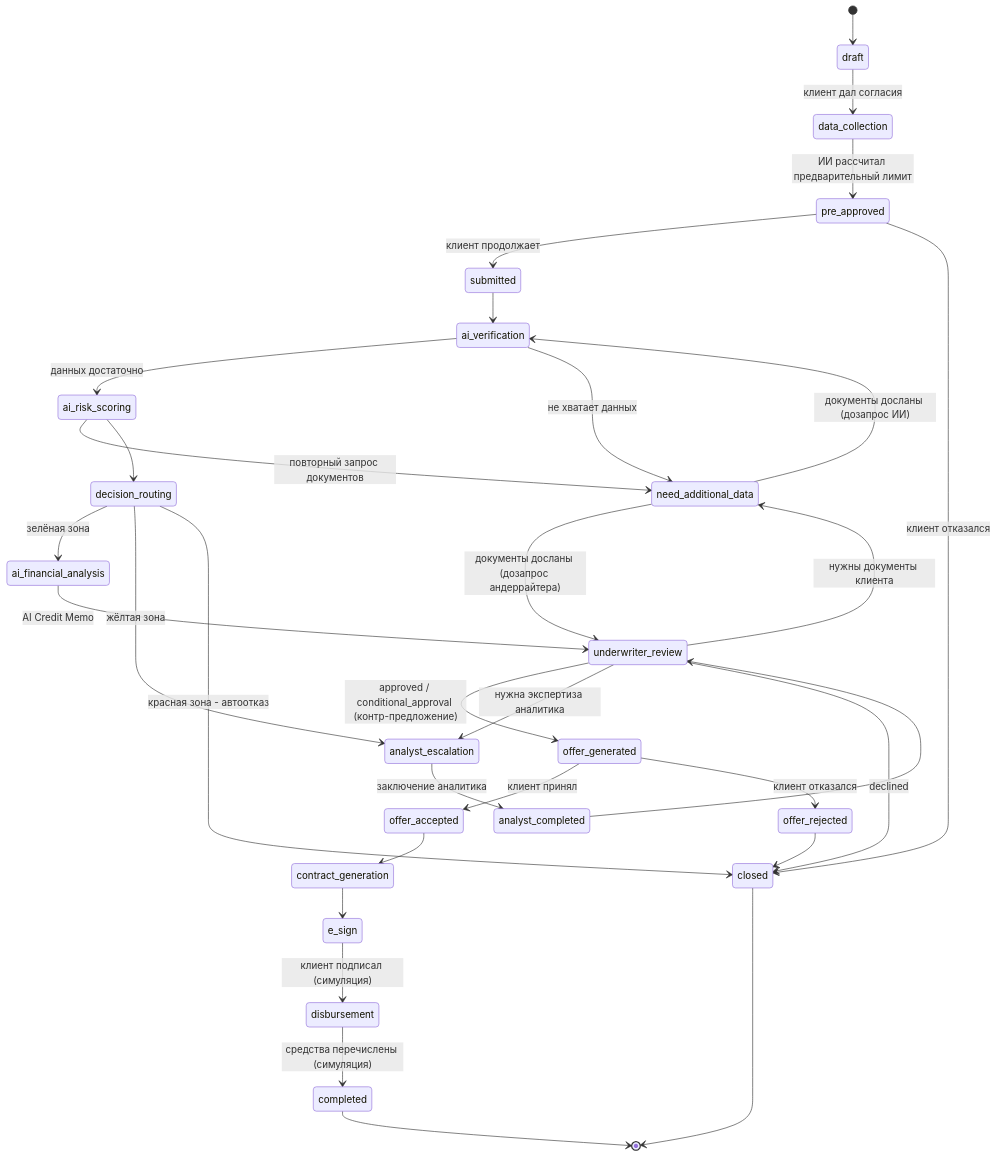
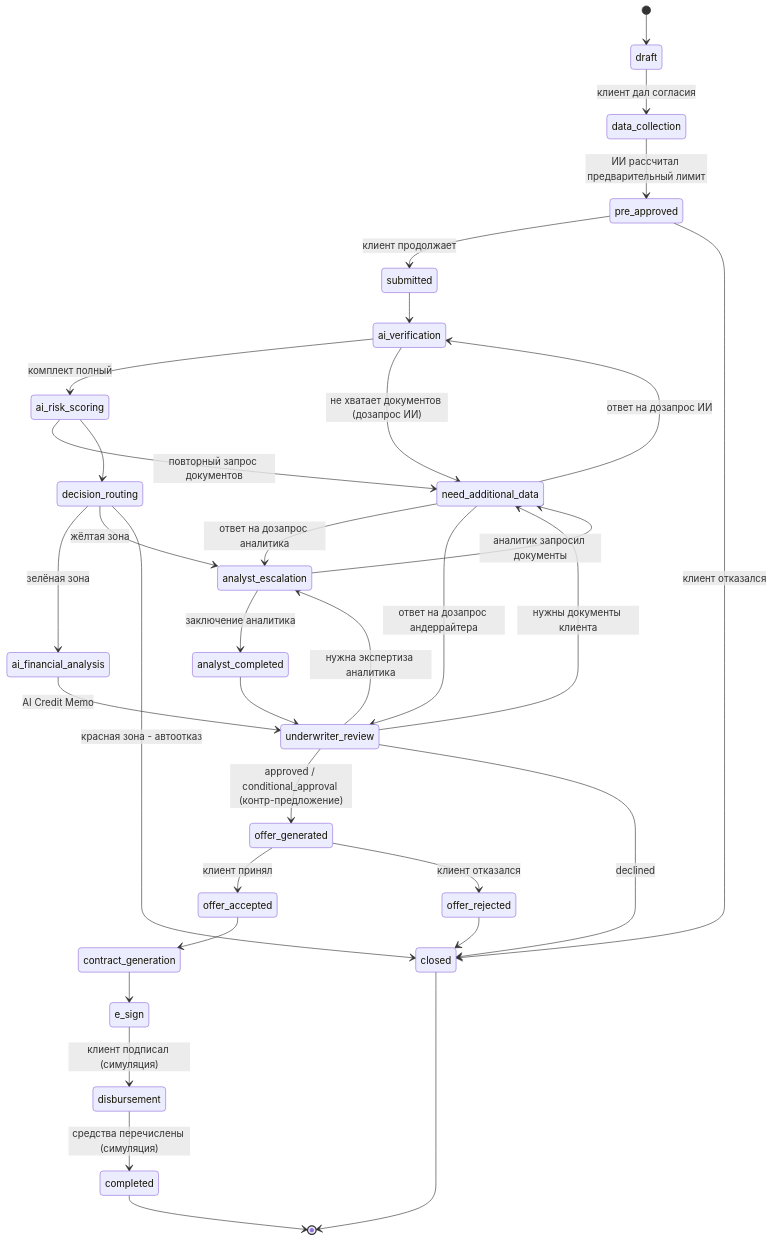
The diagram in docs/application-lifecycle.md (makarovaeva/smart-credit-online-office), drawn with Mermaid before and after one commit. The commit also changed other lines of this file and 36 other files, not shown here.

````diff
--- a/docs/application-lifecycle.md
+++ b/docs/application-lifecycle.md
@@ -7,39 +7,41 @@
 ```mermaid
 stateDiagram-v2
     [*] --> draft
     draft --> data_collection: клиент дал согласия
     data_collection --> pre_approved: ИИ рассчитал предварительный лимит
     pre_approved --> submitted: клиент продолжает
     pre_approved --> closed: клиент отказался
 
     submitted --> ai_verification
-    ai_verification --> ai_risk_scoring: данных достаточно
-    ai_verification --> need_additional_data: не хватает данных
-    need_additional_data --> ai_verification: документы досланы (дозапрос ИИ)
-    need_additional_data --> underwriter_review: документы досланы (дозапрос андеррайтера)
+    ai_verification --> ai_risk_scoring: комплект полный
+    ai_verification --> need_additional_data: не хватает документов (дозапрос ИИ)
+    need_additional_data --> ai_verification: ответ на дозапрос ИИ
+    need_additional_data --> analyst_escalation: ответ на дозапрос аналитика
+    need_additional_data --> underwriter_review: ответ на дозапрос андеррайтера
     ai_risk_scoring --> need_additional_data: повторный запрос документов
     ai_risk_scoring --> decision_routing
 
     decision_routing --> ai_financial_analysis: зелёная зона
     ai_financial_analysis --> underwriter_review: AI Credit Memo
     decision_routing --> analyst_escalation: жёлтая зона
     decision_routing --> closed: красная зона - автоотказ
     analyst_escalation --> analyst_completed: заключение аналитика
+    analyst_escalation --> need_additional_data: аналитик запросил документы
     analyst_completed --> underwriter_review
 
     underwriter_review --> offer_generated: approved / conditional_approval (контр-предложение)
     underwriter_review --> need_additional_data: нужны документы клиента
     underwriter_review --> analyst_escalation: нужна экспертиза аналитика
     underwriter_review --> closed: declined
 
     offer_generated --> offer_accepted: клиент принял
     offer_generated --> offer_rejected: клиент отказался
     offer_rejected --> closed
     offer_accepted --> contract_generation
     contract_generation --> e_sign
     e_sign --> disbursement: клиент подписал (симуляция)
     disbursement --> completed: средства перечислены (симуляция)
 
     completed --> [*]
     closed --> [*]
 ```
````
